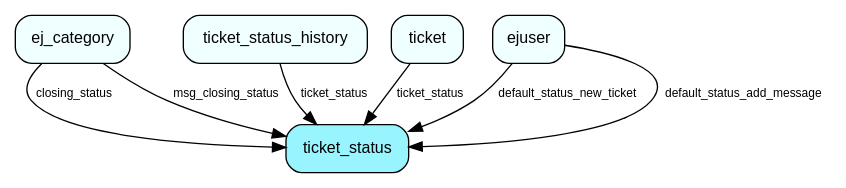
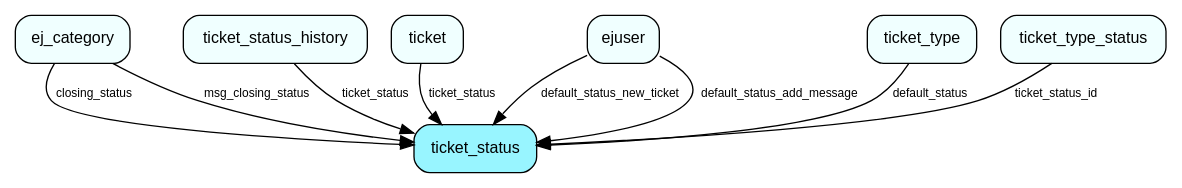
The diagram in docs/en/database/tables/media/ticket_status.dot (SuperOfficeDocs/superoffice-docs), drawn with Graphviz before and after one commit. The commit also changed 121 other files, not shown here.

```diff
--- a/docs/en/database/tables/media/ticket_status.dot
+++ b/docs/en/database/tables/media/ticket_status.dot
@@ -1,16 +1,20 @@
 digraph ticket_status  {
 node [shape = box style="rounded, filled" fontname = "Helvetica" fontsize = "12" ]
 edge [fontname = "Helvetica" fontsize = "9"]
 
 ticket_status[fillcolor = "cadetblue1"]
 ej_category[fillcolor = "azure1"]
 ticket_status_history[fillcolor = "azure1"]
 ticket[fillcolor = "azure1"]
 ejuser[fillcolor = "azure1"]
+ticket_type[fillcolor = "azure1"]
+ticket_type_status[fillcolor = "azure1"]
 ej_category -> ticket_status [label = "closing_status"]
 ej_category -> ticket_status [label = "msg_closing_status"]
 ticket_status_history -> ticket_status [label = "ticket_status"]
 ticket -> ticket_status [label = "ticket_status"]
 ejuser -> ticket_status [label = "default_status_new_ticket"]
 ejuser -> ticket_status [label = "default_status_add_message"]
+ticket_type -> ticket_status [label = "default_status"]
+ticket_type_status -> ticket_status [label = "ticket_status_id"]
 }
```
